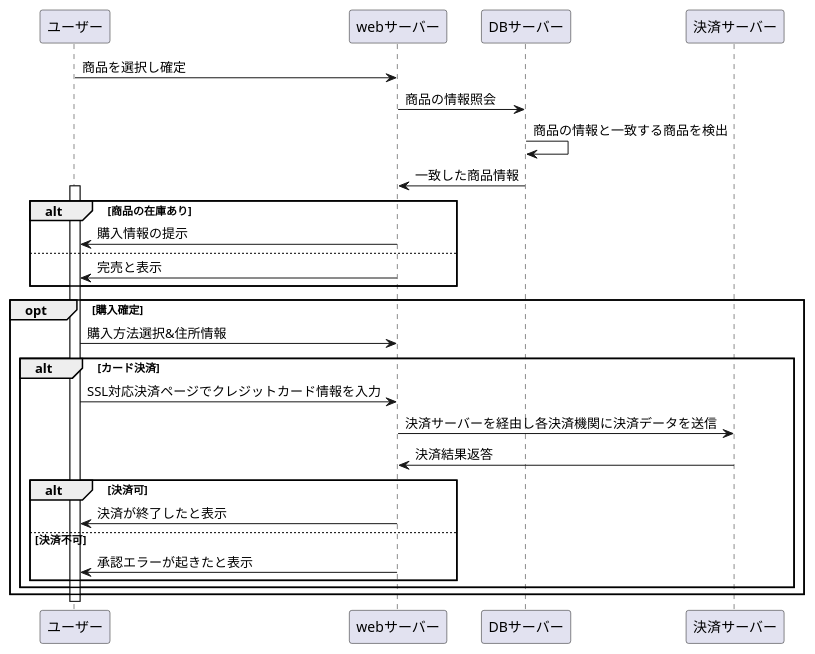
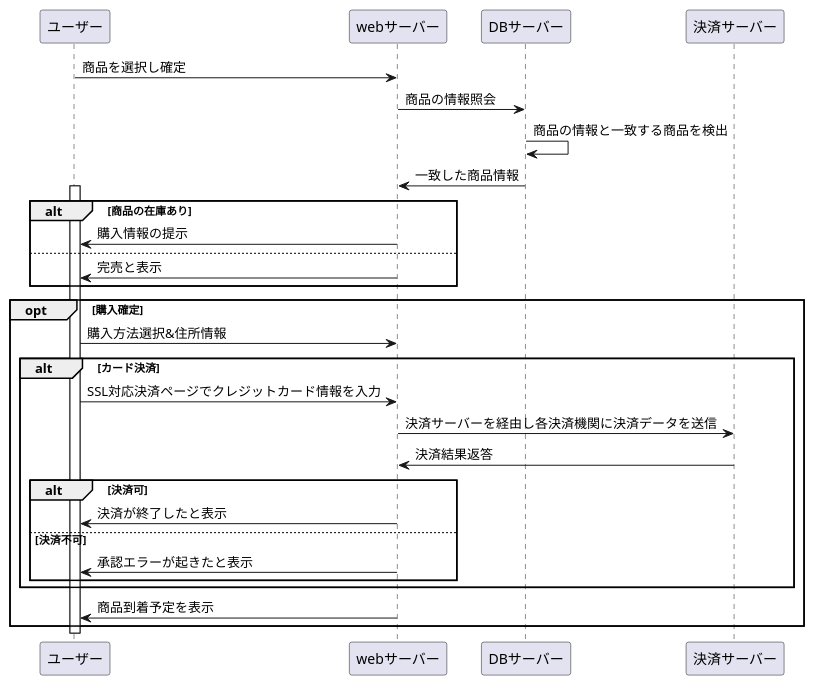
Before and after one commit to Aso2001195/2021sys-design: the diagram in kadai7.md, drawn with PlantUML.

````diff
--- a/kadai7.md
+++ b/kadai7.md
@@ -1,29 +1,30 @@
 ```uml
 @startuml
 ユーザー->webサーバー:商品を選択し確定
 webサーバー->DBサーバー:商品の情報照会
 DBサーバー->DBサーバー:商品の情報と一致する商品を検出
 DBサーバー->webサーバー:一致した商品情報
 activate ユーザー
 alt 商品の在庫あり
 webサーバー->ユーザー:購入情報の提示
 else 
 webサーバー->ユーザー:完売と表示
 end 
 
 opt 購入確定
 ユーザー->webサーバー:購入方法選択&住所情報
   alt カード決済
   ユーザー->webサーバー:SSL対応決済ページでクレジットカード情報を入力
   webサーバー->決済サーバー:決済サーバーを経由し各決済機関に決済データを送信
   決済サーバー->webサーバー:決済結果返答
   alt 決済可
   webサーバー->ユーザー:決済が終了したと表示
   else 決済不可
   webサーバー->ユーザー:承認エラーが起きたと表示
   end
   end
+  webサーバー->ユーザー:商品到着予定を表示
   end
 deactivate ユーザー
 @enduml
 ```
````
